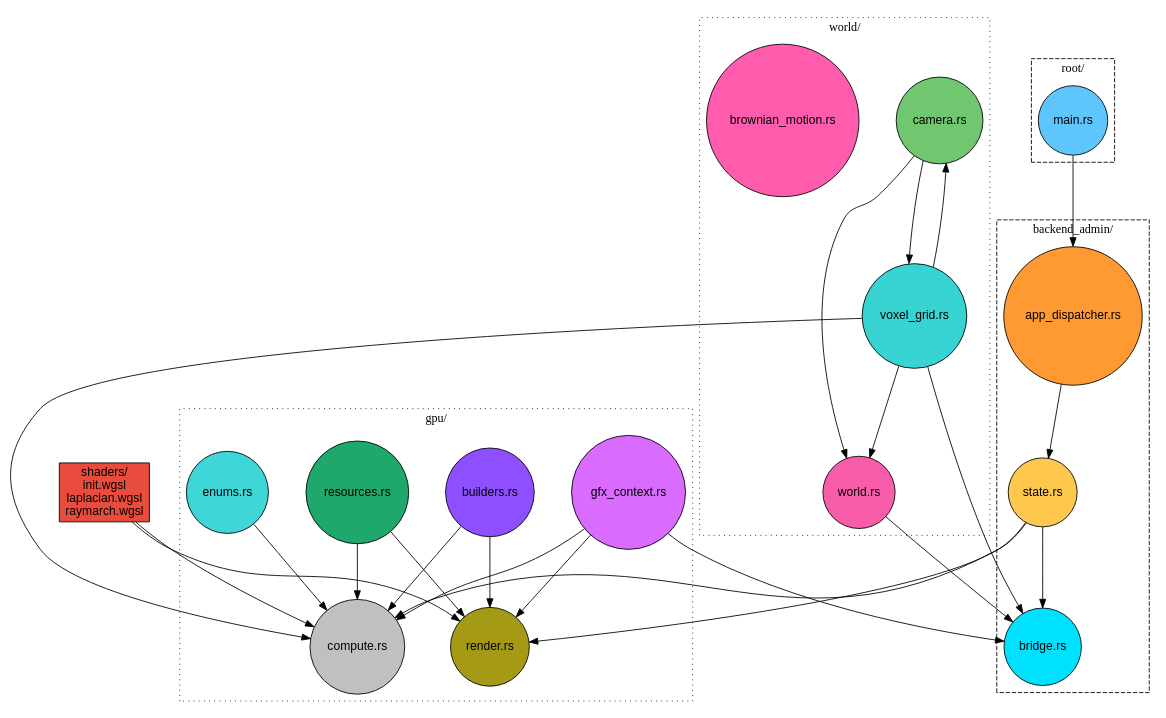
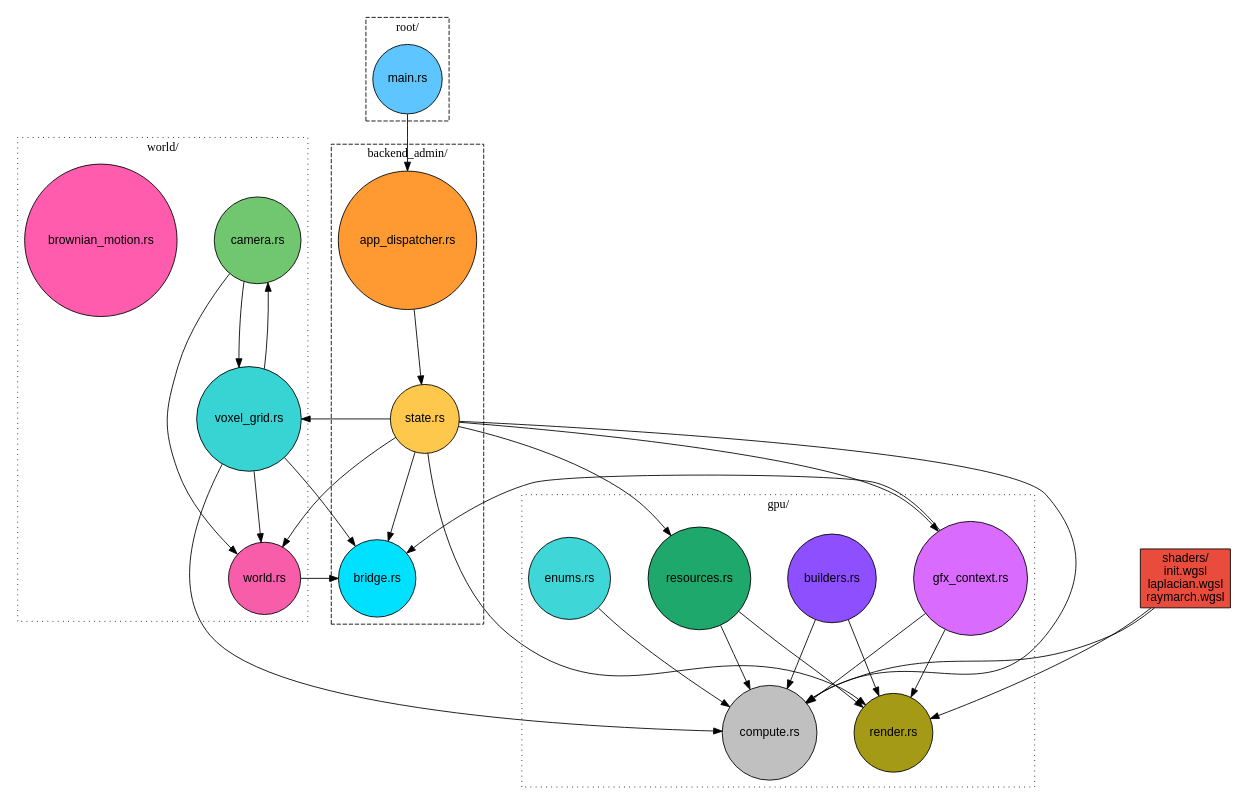
Before and after one commit to SamuelClucas/bocs-v2: the diagram in docs/core.dot, drawn with Graphviz. The commit also changed 3 other files, not shown here.

```diff
--- a/docs/core.dot
+++ b/docs/core.dot
@@ -1,93 +1,97 @@
 digraph bocs {
 
     rankdir=TB; // top-to-bottom layout
     node [shape=circle, style=filled, fontname="Arial"];
     splines=true;
     compound=true;
     nodesep=0.6;
     ranksep=0.8;
 
 
     // Nodes with colours roughly matching your PNG
     main      [label="main.rs", fillcolor="#5EC5FF"];          // blue
     app_dispatcher  [label="app_dispatcher.rs", fillcolor="#FF9A33"]; // orange
     state     [label="state.rs", fillcolor="#FEC84D"];         // yellow
     bridge    [label="bridge.rs", fillcolor="#00E0FF"];        // cyan
     gfx_context   [label="gfx_context.rs", fillcolor="#D96BFF"];   // pink-purple
     builders  [label="builders.rs", fillcolor="#8D4FFF"];      // purple
     resources [label="resources.rs", fillcolor="#1FA86C"];     // green
     render    [label="render.rs", fillcolor="#A49A15"];        // olive
     compute   [label="compute.rs", fillcolor="#C0C0C0"];       // grey
     enums     [label="enums.rs", fillcolor="#3ED6D6"];         // teal
     world     [label="world.rs", fillcolor="#F85DAA"];         // pink
     camera    [label="camera.rs", fillcolor="#71C76F"];        // light green
     voxel_grid     [label="voxel_grid.rs", fillcolor="#38D3D3"];    // light cyan
     brownian_motion  [label="brownian_motion.rs", fillcolor="#FF5CAD"]; // bright pink
     shaders   [label="shaders/\ninit.wgsl\nlaplacian.wgsl\nraymarch.wgsl", shape=box, fillcolor="#E94B3C"];
 
     // root cluster
     subgraph cluster_project_root {
         label="root/";
         style=dashed;
         main;
     }
 
     // backend cluster
     subgraph cluster_backend_admin {
         label="backend_admin/";
         style=dashed;
         rank=same;
         state;
         bridge;
         app_dispatcher;
     }
     
     // GPU cluster
     subgraph cluster_gpu {
         label="gpu/";
         style=dotted;
         rank=same;
         compute;
         render;
         gfx_context;
         builders;
         enums;
         resources;
     }
 
     // World cluster
     subgraph cluster_world {
         label="world/";
         style=dotted;
         rank=same;
         world;
         camera;
         voxel_grid;
         brownian_motion;
     }
 
     // edges
     main -> app_dispatcher;
     app_dispatcher -> state;
     state -> bridge;
     state -> compute;
     state -> render;
+    state -> world;
+    state -> resources;
+    state -> voxel_grid;
+    state -> gfx_context;
     gfx_context -> bridge;
     gfx_context -> compute;
     gfx_context -> render;
     builders -> render;
     builders -> compute;
     resources -> render;
     resources -> compute;
     enums -> compute;
     world -> bridge;
     camera -> world;
     camera -> voxel_grid;
     voxel_grid -> { world bridge camera compute };
     brownian_motion;
 
     shaders -> compute;
     shaders -> render;
     
 
 }
```
